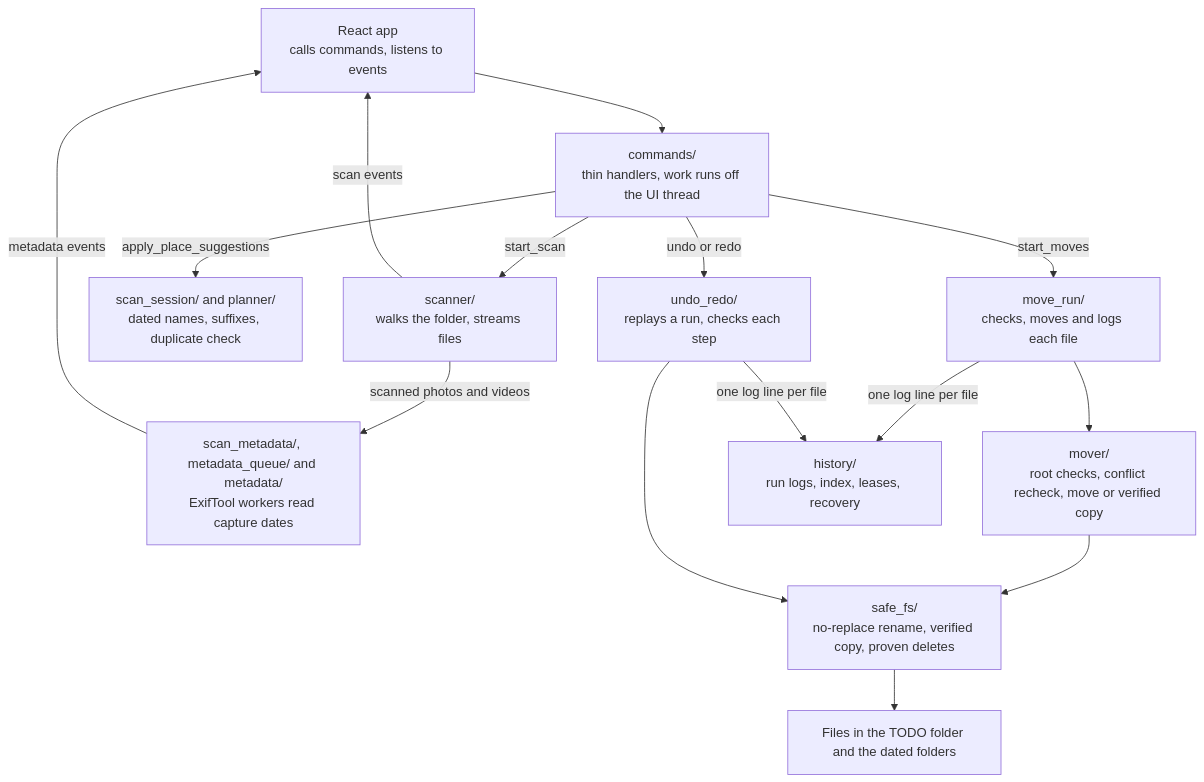
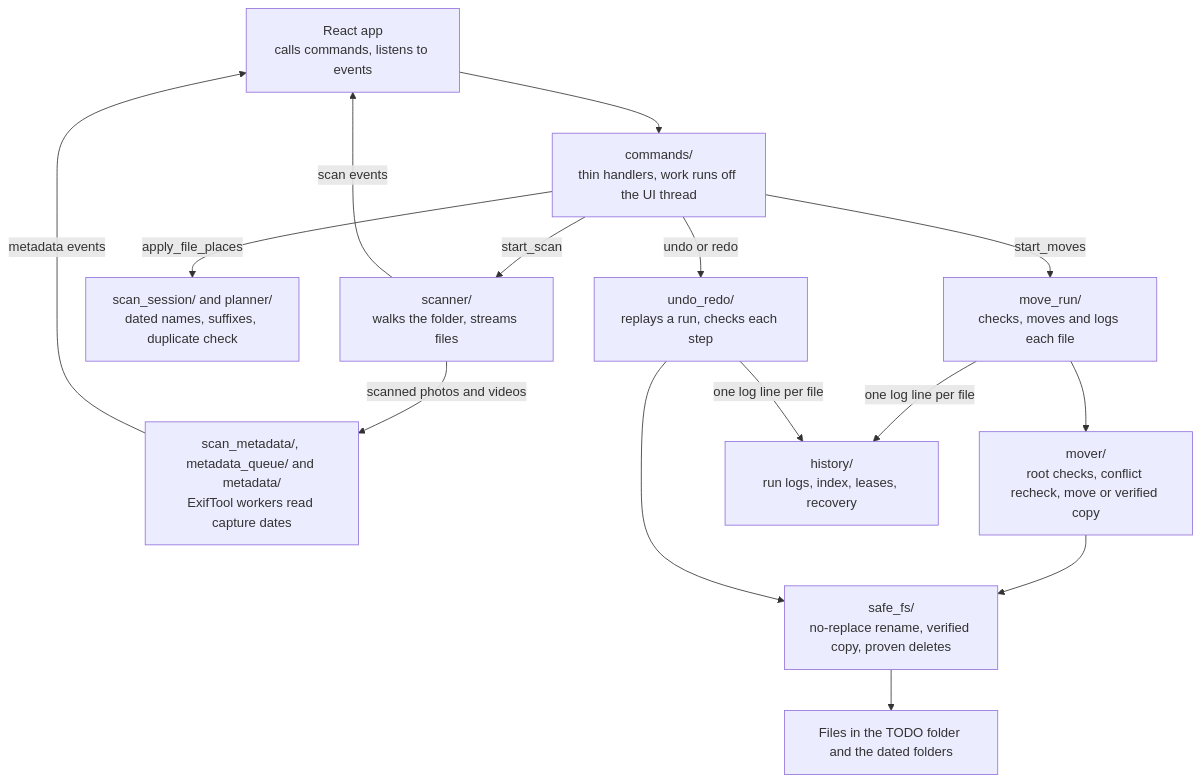
One commit to oleg-chibikov/media-organizer changed the second of 2 diagrams in src-tauri/README.md. Above: the diagram before and after it, drawn with Mermaid. The commit also changed other lines of this file and 238 other files, not shown here.

````diff
--- a/src-tauri/README.md
+++ b/src-tauri/README.md
@@ -55,16 +55,16 @@
 ```mermaid
 flowchart TD
   ui["React app<br/>calls commands, listens to events"] --> cmd
   cmd["commands/<br/>thin handlers, work runs off the UI thread"] -->|start_scan| scan
   scan["scanner/<br/>walks the folder, streams files"] -->|scan events| ui
   scan -->|scanned photos and videos| meta["scan_metadata/, metadata_queue/ and metadata/<br/>ExifTool workers read capture dates"]
   meta -->|metadata events| ui
-  cmd -->|apply_place_suggestions| plan["scan_session/ and planner/<br/>dated names, suffixes, duplicate check"]
+  cmd -->|apply_file_places| plan["scan_session/ and planner/<br/>dated names, suffixes, duplicate check"]
   cmd -->|start_moves| run["move_run/<br/>checks, moves and logs each file"]
   run --> mover["mover/<br/>root checks, conflict recheck, move or verified copy"]
   cmd -->|undo or redo| replay["undo_redo/<br/>replays a run, checks each step"]
   mover --> safe["safe_fs/<br/>no-replace rename, verified copy, proven deletes"]
   replay --> safe
   run & replay -->|one log line per file| hist["history/<br/>run logs, index, leases, recovery"]
   safe --> disk["Files in the TODO folder and the dated folders"]
 ```
````
